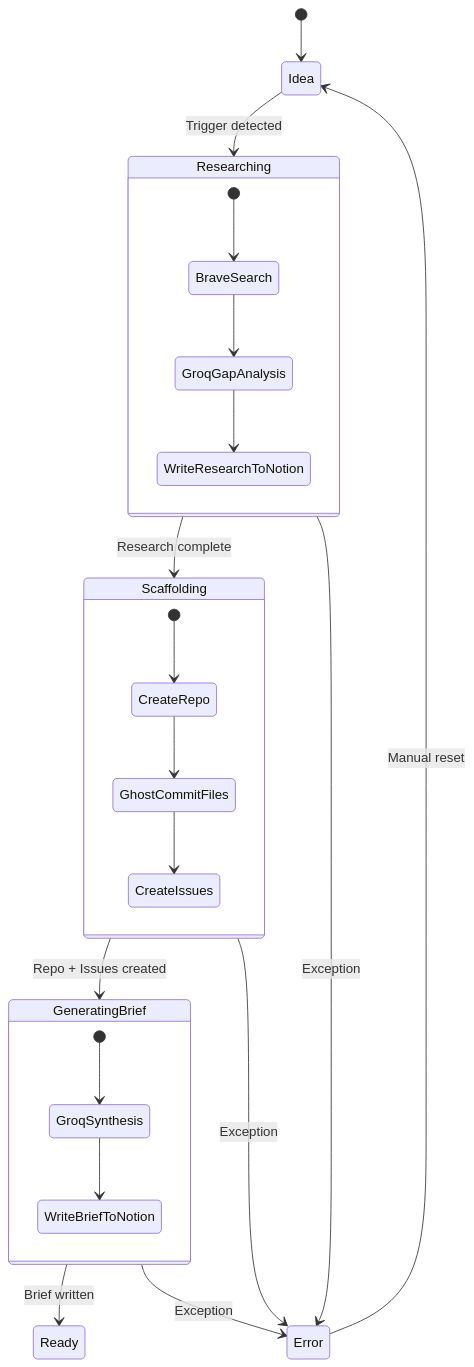
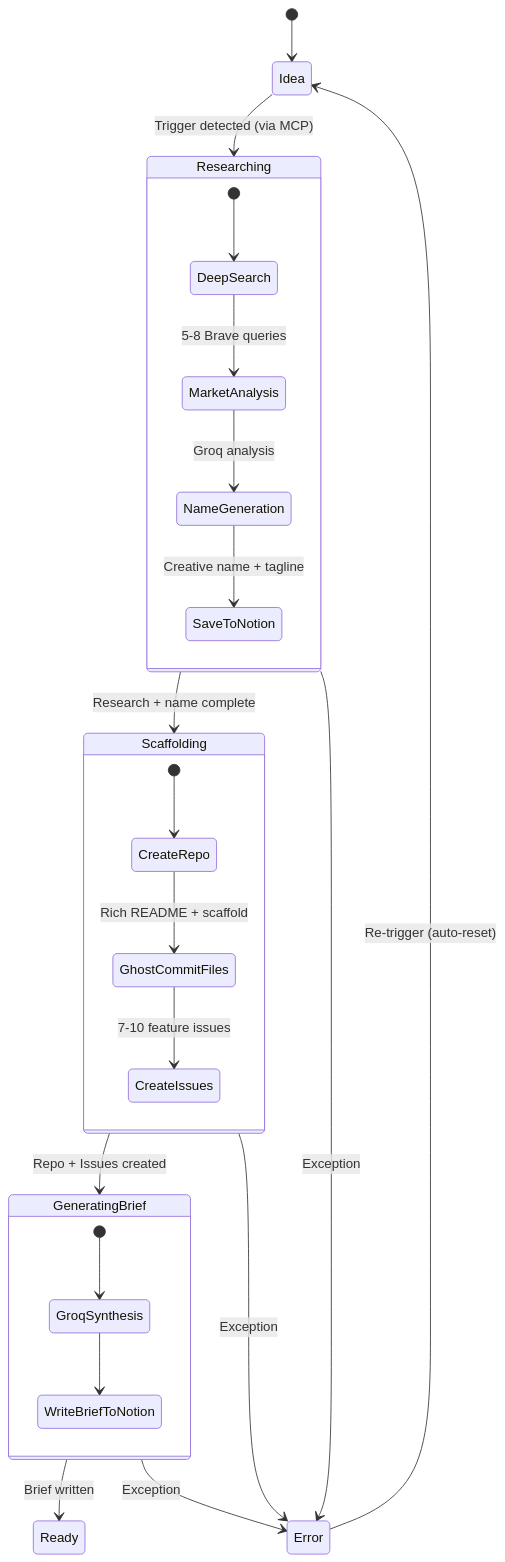
One commit to Abeera81/zerotorepo changed the third of 6 diagrams in TechDesign-ZeroToRepo-MVP.md. Above: the diagram before and after it, drawn with Mermaid. The commit also changed other lines of this file and 3 other files, not shown here.

````diff
--- a/TechDesign-ZeroToRepo-MVP.md
+++ b/TechDesign-ZeroToRepo-MVP.md
@@ -132,31 +153,32 @@
 ```mermaid
 stateDiagram-v2
     [*] --> Idea
-    Idea --> Researching: Trigger detected
-    Researching --> Scaffolding: Research complete
+    Idea --> Researching: Trigger detected (via MCP)
+    Researching --> Scaffolding: Research + name complete
     Scaffolding --> GeneratingBrief: Repo + Issues created
     GeneratingBrief --> Ready: Brief written
 
     Researching --> Error: Exception
     Scaffolding --> Error: Exception
     GeneratingBrief --> Error: Exception
 
-    Error --> Idea: Manual reset
+    Error --> Idea: Re-trigger (auto-reset)
 
     state Researching {
-        [*] --> BraveSearch
-        BraveSearch --> GroqGapAnalysis
-        GroqGapAnalysis --> WriteResearchToNotion
+        [*] --> DeepSearch
+        DeepSearch --> MarketAnalysis: 5-8 Brave queries
+        MarketAnalysis --> NameGeneration: Groq analysis
+        NameGeneration --> SaveToNotion: Creative name + tagline
     }
 
     state Scaffolding {
         [*] --> CreateRepo
-        CreateRepo --> GhostCommitFiles
-        GhostCommitFiles --> CreateIssues
+        CreateRepo --> GhostCommitFiles: Rich README + scaffold
+        GhostCommitFiles --> CreateIssues: 7-10 feature issues
     }
 
     state GeneratingBrief {
         [*] --> GroqSynthesis
         GroqSynthesis --> WriteBriefToNotion
     }
 ```
````
